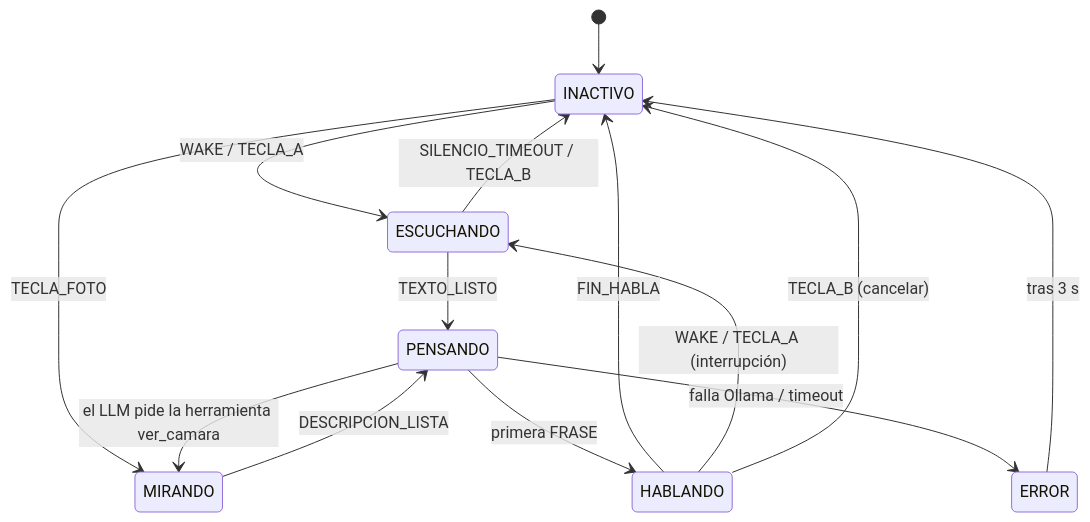
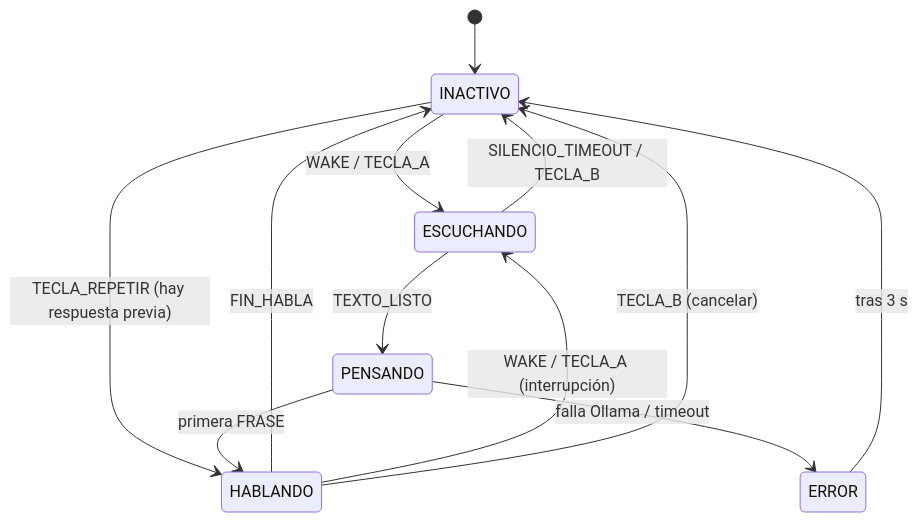
Before and after one commit to cospino08/BMO: the diagram in docs/arquitectura.md, drawn with Mermaid. The commit also changed other lines of this file and 16 other files, not shown here.

````diff
--- a/docs/arquitectura.md
+++ b/docs/arquitectura.md
@@ -39,16 +42,14 @@
 ```mermaid
 stateDiagram-v2
     [*] --> INACTIVO
     INACTIVO --> ESCUCHANDO: WAKE / TECLA_A
-    INACTIVO --> MIRANDO: TECLA_FOTO
+    INACTIVO --> HABLANDO: TECLA_REPETIR (hay respuesta previa)
     ESCUCHANDO --> PENSANDO: TEXTO_LISTO
     ESCUCHANDO --> INACTIVO: SILENCIO_TIMEOUT / TECLA_B
-    PENSANDO --> MIRANDO: el LLM pide la herramienta ver_camara
-    MIRANDO --> PENSANDO: DESCRIPCION_LISTA
     PENSANDO --> HABLANDO: primera FRASE
     HABLANDO --> INACTIVO: FIN_HABLA
     HABLANDO --> ESCUCHANDO: WAKE / TECLA_A (interrupción)
     HABLANDO --> INACTIVO: TECLA_B (cancelar)
     PENSANDO --> ERROR: falla Ollama / timeout
     ERROR --> INACTIVO: tras 3 s
 ```
````
